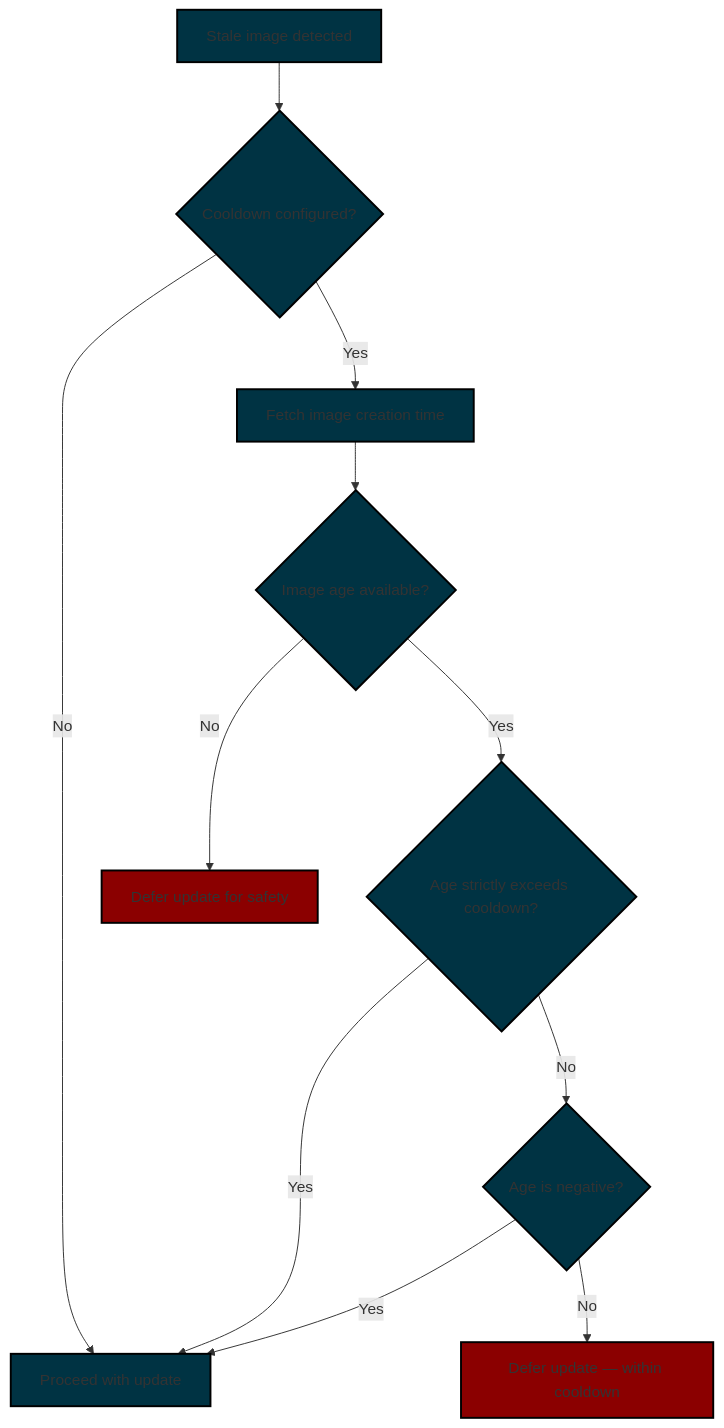
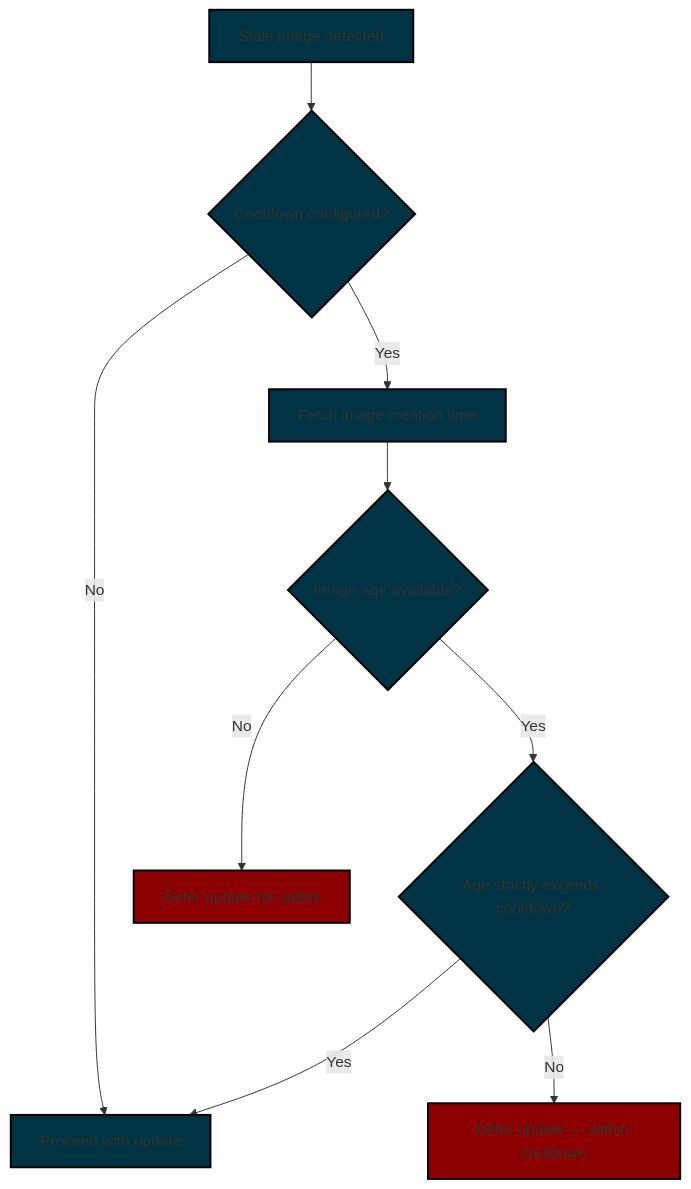
The second of 2 diagrams in docs/advanced-features/image-cooldown/index.md (nicholas-fedor/watchtower), drawn with Mermaid before and after one commit. The commit also changed other lines of this file and 3 other files, not shown here.

````diff
--- a/docs/advanced-features/image-cooldown/index.md
+++ b/docs/advanced-features/image-cooldown/index.md
@@ -225,21 +225,19 @@
 ```mermaid
 flowchart TD
     A[Stale image detected] --> B{Cooldown configured?}
     B -->|No| F[Proceed with update]
     B -->|Yes| C[Fetch image creation time]
     C --> D{Image age available?}
     D -->|No| E[Defer update for safety]
     D -->|Yes| G{Age strictly exceeds cooldown?}
     G -->|Yes| F
-    G -->|No| I{Age is negative?}
-    I -->|Yes| F
-    I -->|No| H[Defer update — within cooldown]
+    G -->|No| H[Defer update — within cooldown]
 
     classDef step fill:#003343,stroke:#000,stroke-width:2px;
     classDef decision fill:#003343,stroke:#000,stroke-width:2px;
     classDef defer fill:#8B0000,stroke:#000,stroke-width:2px;
 
     class A,C,F step
-    class B,D,G,I decision
+    class B,D,G decision
     class E,H defer
 ```
````
